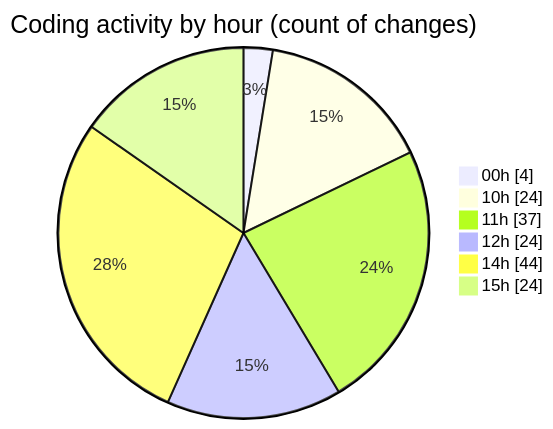
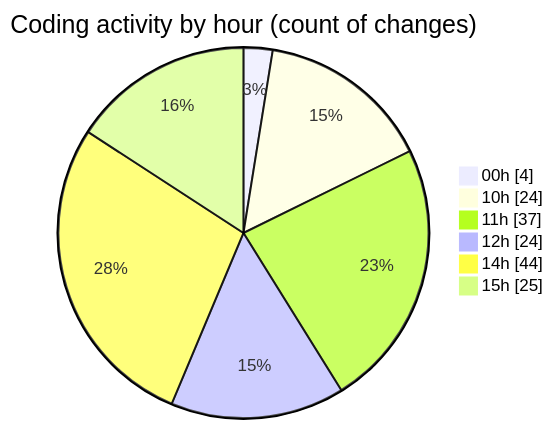
The second of 2 diagrams in 2025-04-04/back-end/README.md (Netris89/code-tracking), drawn with Mermaid before and after one commit. The commit also changed other lines of this file and 1 other file, not shown here.

````diff
--- a/2025-04-04/back-end/README.md
+++ b/2025-04-04/back-end/README.md
@@ -47,10 +47,10 @@
 ```mermaid
 pie showData
 title Coding activity by hour (count of changes)
 "00h" : 4
 "10h" : 24
 "11h" : 37
 "12h" : 24
 "14h" : 44
-"15h" : 24
+"15h" : 25
 ```
````
